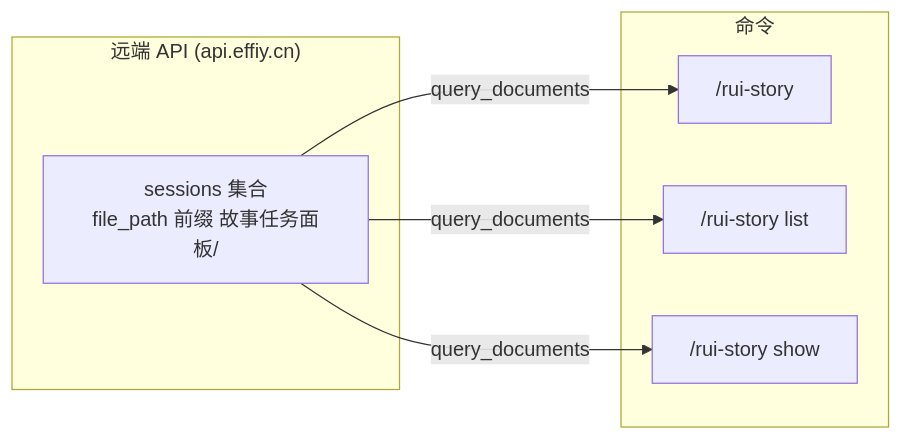
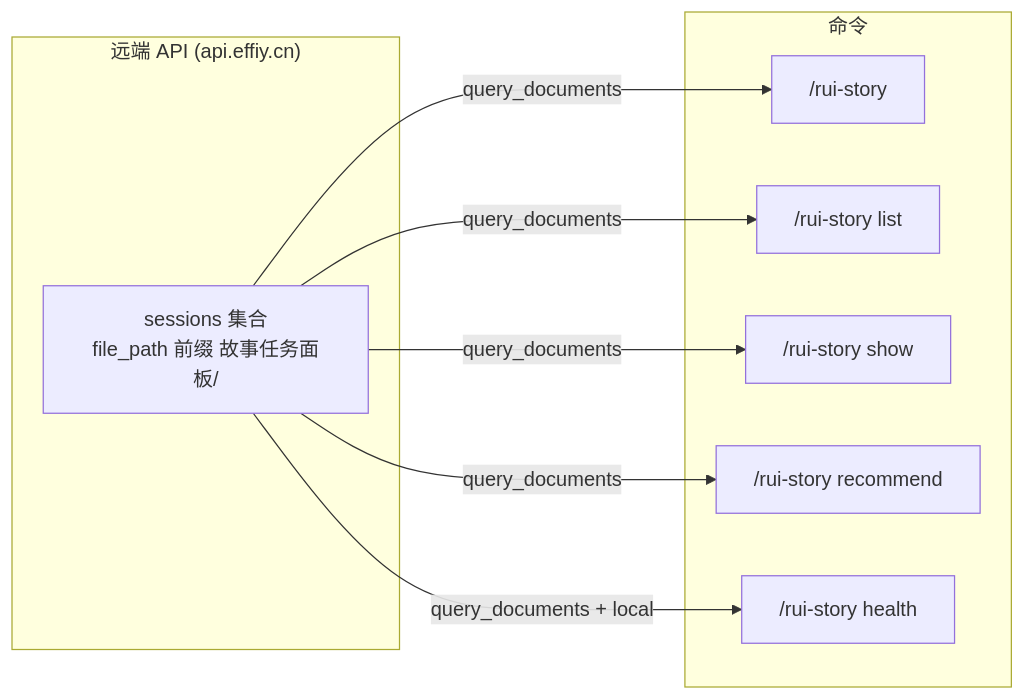
One commit to effiy/YrY changed the second of 15 diagrams in skills/rui-story/SKILL.md. Above: the diagram before and after it, drawn with Mermaid. The commit also changed other lines of this file and 9 other files, not shown here.

````diff
--- a/skills/rui-story/SKILL.md
+++ b/skills/rui-story/SKILL.md
@@ -51,19 +55,23 @@
 ```mermaid
 flowchart LR
     subgraph 远端["远端 API (api.effiy.cn)"]
         SESSIONS["sessions 集合<br/>file_path 前缀 故事任务面板/"]
     end
 
     subgraph 命令["命令"]
         OVERVIEW["/rui-story"]
         LIST["/rui-story list"]
         SHOW["/rui-story show"]
+        RECOMMEND["/rui-story recommend"]
+        HEALTH["/rui-story health"]
     end
 
     SESSIONS -->|"query_documents"| OVERVIEW
     SESSIONS -->|"query_documents"| LIST
     SESSIONS -->|"query_documents"| SHOW
+    SESSIONS -->|"query_documents"| RECOMMEND
+    SESSIONS -->|"query_documents + local"| HEALTH
 
     classDef api fill:#e3f2fd,stroke:#1565c0;
     classDef cmd fill:#e8f5e9,stroke:#2e7d32;
 ```
````
